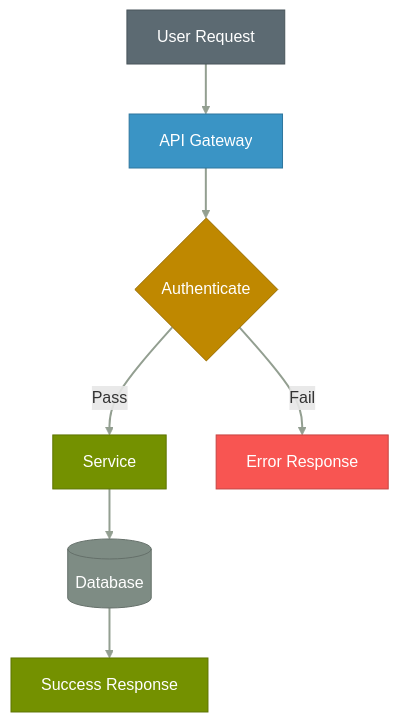
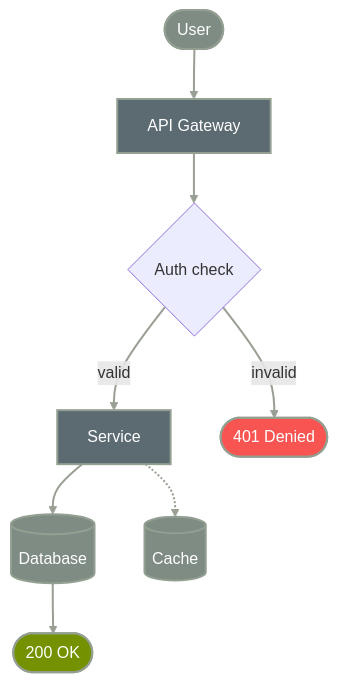
The third of 24 diagrams in creating-mermaid-diagrams/skills/creating-mermaid-diagrams/references/themes.md (mdsakalu/agent-plugins), drawn with Mermaid before and after one commit. The commit also changed other lines of this file and 4 other files, not shown here.

First line of the commit message:
refactor(creating-mermaid-diagrams): design-driven styling overhaul

````diff
--- a/creating-mermaid-diagrams/skills/creating-mermaid-diagrams/references/themes.md
+++ b/creating-mermaid-diagrams/skills/creating-mermaid-diagrams/references/themes.md
@@ -150,26 +147,18 @@
 ```mermaid
 flowchart TD
-    user["User Request"] --> api["API Gateway"]
-    api --> auth{"Authenticate"}
-    auth -->|Pass| service["Service"]
-    auth -->|Fail| error["Error Response"]
-    service --> db[("Database")]
-    db --> response["Success Response"]
+    user(["User"]) ==> api["API Gateway"] ==> auth{"Auth check"}
+    auth == valid ==> svc["Service"] ==> db[("Database")] ==> res(["200 OK"])
+    auth -- invalid --> err(["401 Denied"])
+    svc -.-> cache[("Cache")]
 
-    classDef primary fill:#5c6a72,stroke:#49555b,color:#ffffff
-    classDef secondary fill:#7e8c84,stroke:#65706a,color:#ffffff
-    classDef success fill:#749100,stroke:#5d7400,color:#ffffff
-    classDef warning fill:#bf8800,stroke:#996d00,color:#ffffff
-    classDef danger fill:#f85552,stroke:#c64442,color:#ffffff
-    classDef info fill:#3a94c5,stroke:#2e769e,color:#ffffff
+    classDef primary fill:#5c6a72,stroke:#939f91,stroke-width:2px,color:#ffffff
+    classDef muted fill:#7e8c84,stroke:#939f91,stroke-width:2px,color:#ffffff
+    classDef success fill:#749100,stroke:#939f91,stroke-width:2px,color:#ffffff
+    classDef danger fill:#f85552,stroke:#939f91,stroke-width:2px,color:#ffffff
+    linkStyle default stroke:#999f93,stroke-width:2px
 
-    linkStyle default stroke:#939f91,stroke-width:2px
-
-    class user primary
-    class api info
-    class auth warning
-    class service success
-    class error danger
-    class db secondary
-    class response success
+    class api,svc primary
+    class user,db,cache muted
+    class res success
+    class err danger
 ```
````
